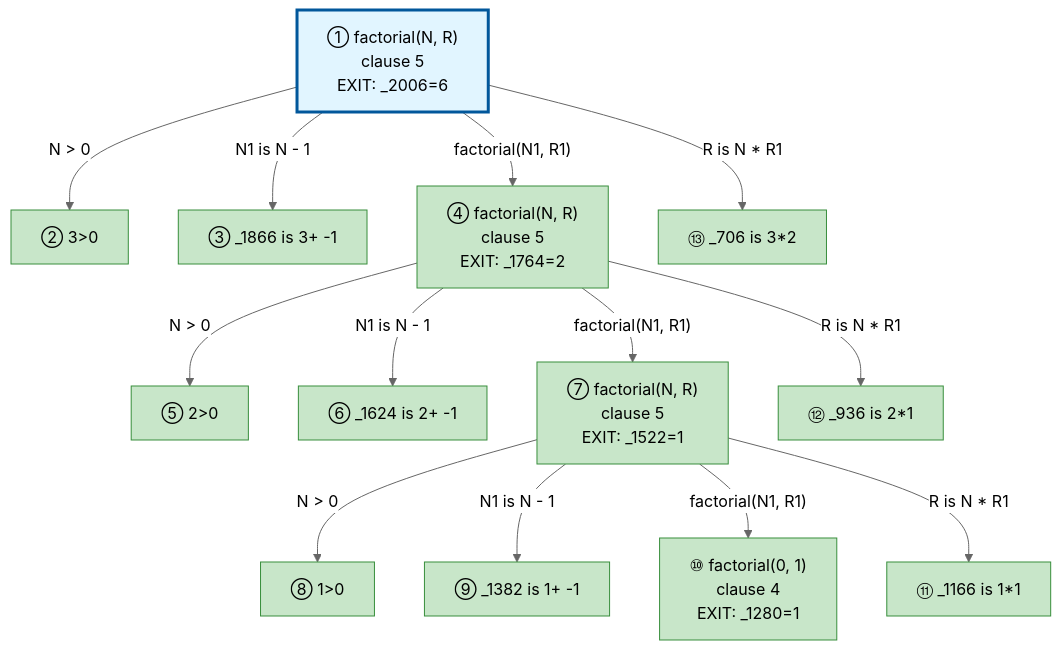
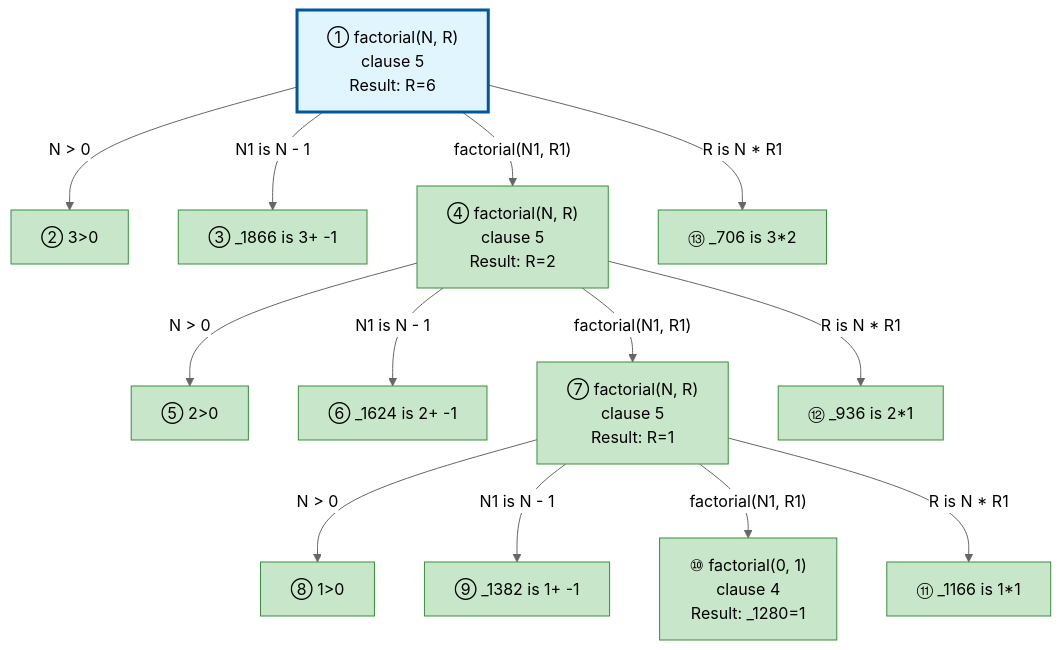
One commit to jarecsni/prolog-trace-viz changed the diagram in examples/factorial-output.md. Above: the diagram before and after it, drawn with Mermaid (neutral theme). The commit also changed other lines of this file and 13 other files, not shown here.

````diff
--- a/examples/factorial-output.md
+++ b/examples/factorial-output.md
@@ -96,47 +96,47 @@
 ```mermaid
 graph TD
 
 %% Nodes
-A["① factorial(N, R)<br/>clause 5<br/>EXIT: _2006=6"]
+A["① factorial(N, R)<br/>clause 5<br/>Result: R=6"]
 B["② 3>0"]
 C["③ _1866 is 3+ -1"]
-D["④ factorial(N, R)<br/>clause 5<br/>EXIT: _1764=2"]
+D["④ factorial(N, R)<br/>clause 5<br/>Result: R=2"]
 E["⑤ 2>0"]
 F["⑥ _1624 is 2+ -1"]
-G["⑦ factorial(N, R)<br/>clause 5<br/>EXIT: _1522=1"]
+G["⑦ factorial(N, R)<br/>clause 5<br/>Result: R=1"]
 H["⑧ 1>0"]
 I["⑨ _1382 is 1+ -1"]
-J["⑩ factorial(0, 1)<br/>clause 4<br/>EXIT: _1280=1"]
+J["⑩ factorial(0, 1)<br/>clause 4<br/>Result: _1280=1"]
 K["⑪ _1166 is 1*1"]
 L["⑫ _936 is 2*1"]
 M["⑬ _706 is 3*2"]
 
 %% Edges
 A -->|"N > 0"| B
 A -->|"N1 is N - 1"| C
 A -->|"factorial(N1, R1)"| D
 D -->|"N > 0"| E
 D -->|"N1 is N - 1"| F
 D -->|"factorial(N1, R1)"| G
 G -->|"N > 0"| H
 G -->|"N1 is N - 1"| I
 G -->|"factorial(N1, R1)"| J
 G -->|"R is N * R1"| K
 D -->|"R is N * R1"| L
 A -->|"R is N * R1"| M
 
 %% Styles
 style A fill:#e1f5ff,stroke:#01579b,stroke-width:3px
 style B fill:#c8e6c9,stroke:#388e3c
 style C fill:#c8e6c9,stroke:#388e3c
 style D fill:#c8e6c9,stroke:#388e3c
 style E fill:#c8e6c9,stroke:#388e3c
 style F fill:#c8e6c9,stroke:#388e3c
 style G fill:#c8e6c9,stroke:#388e3c
 style H fill:#c8e6c9,stroke:#388e3c
 style I fill:#c8e6c9,stroke:#388e3c
 style J fill:#c8e6c9,stroke:#388e3c
 style K fill:#c8e6c9,stroke:#388e3c
 style L fill:#c8e6c9,stroke:#388e3c
 style M fill:#c8e6c9,stroke:#388e3c
 ```
````
